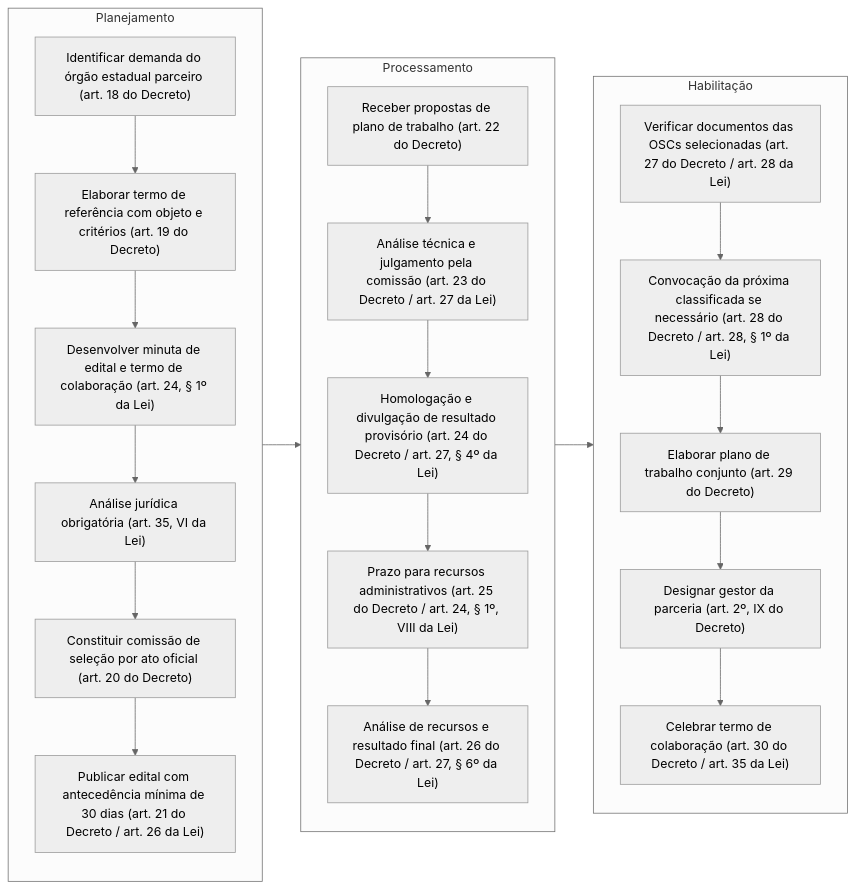
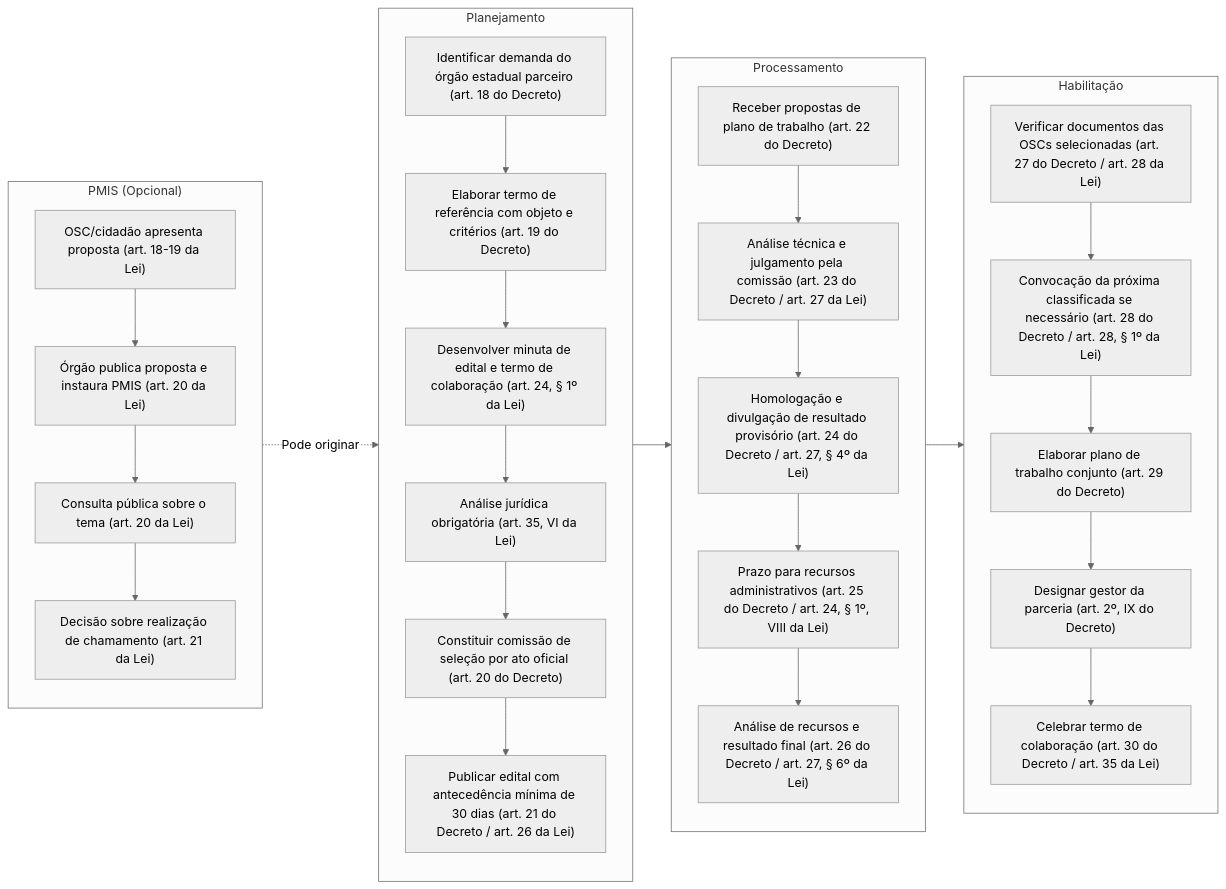
Before and after one commit to iepha-mg/manual.appi: the first of 3 diagrams in paginas/marcos_regulatorios/MROSC/TC/README.md, drawn with Mermaid (neutral theme). The commit also changed other lines of this file, not shown here.

```diff
--- a/paginas/marcos_regulatorios/MROSC/TC/README.md
+++ b/paginas/marcos_regulatorios/MROSC/TC/README.md
@@ -58,29 +78,37 @@
 <div class="mermaid">
 flowchart LR
+    subgraph PMIS ["PMIS (Opcional)"]
+        P1["OSC/cidadão apresenta proposta (art. 18-19 da Lei)"]
+        P2["Órgão publica proposta e instaura PMIS (art. 20 da Lei)"]
+        P3["Consulta pública sobre o tema (art. 20 da Lei)"]
+        P4["Decisão sobre realização de chamamento (art. 21 da Lei)"]
+        P1 --> P2 --> P3 --> P4
+    end
     subgraph Planejamento
         A1["Identificar demanda do órgão estadual parceiro (art. 18 do Decreto)"]
         A2["Elaborar termo de referência com objeto e critérios (art. 19 do Decreto)"]
         A3["Desenvolver minuta de edital e termo de colaboração (art. 24, § 1º da Lei)"]
         A4["Análise jurídica obrigatória (art. 35, VI da Lei)"]
         A5["Constituir comissão de seleção por ato oficial (art. 20 do Decreto)"]
         A6["Publicar edital com antecedência mínima de 30 dias (art. 21 do Decreto / art. 26 da Lei)"]
         A1 --> A2 --> A3 --> A4 --> A5 --> A6
     end
     subgraph Processamento
         B1["Receber propostas de plano de trabalho (art. 22 do Decreto)"]
         B2["Análise técnica e julgamento pela comissão (art. 23 do Decreto / art. 27 da Lei)"]
         B3["Homologação e divulgação de resultado provisório (art. 24 do Decreto / art. 27, § 4º da Lei)"]
         B4["Prazo para recursos administrativos (art. 25 do Decreto / art. 24, § 1º, VIII da Lei)"]
         B5["Análise de recursos e resultado final (art. 26 do Decreto / art. 27, § 6º da Lei)"]
         B1 --> B2 --> B3 --> B4 --> B5
     end
     subgraph Habilitação
         C1["Verificar documentos das OSCs selecionadas (art. 27 do Decreto / art. 28 da Lei)"]
         C2["Convocação da próxima classificada se necessário (art. 28 do Decreto / art. 28, § 1º da Lei)"]
         C3["Elaborar plano de trabalho conjunto (art. 29 do Decreto)"]
         C4["Designar gestor da parceria (art. 2º, IX do Decreto)"]
         C5["Celebrar termo de colaboração (art. 30 do Decreto / art. 35 da Lei)"]
         C1 --> C2 --> C3 --> C4 --> C5
     end
+    PMIS -.->|Pode originar| Planejamento
     Planejamento --> Processamento --> Habilitação
 </div>
```
